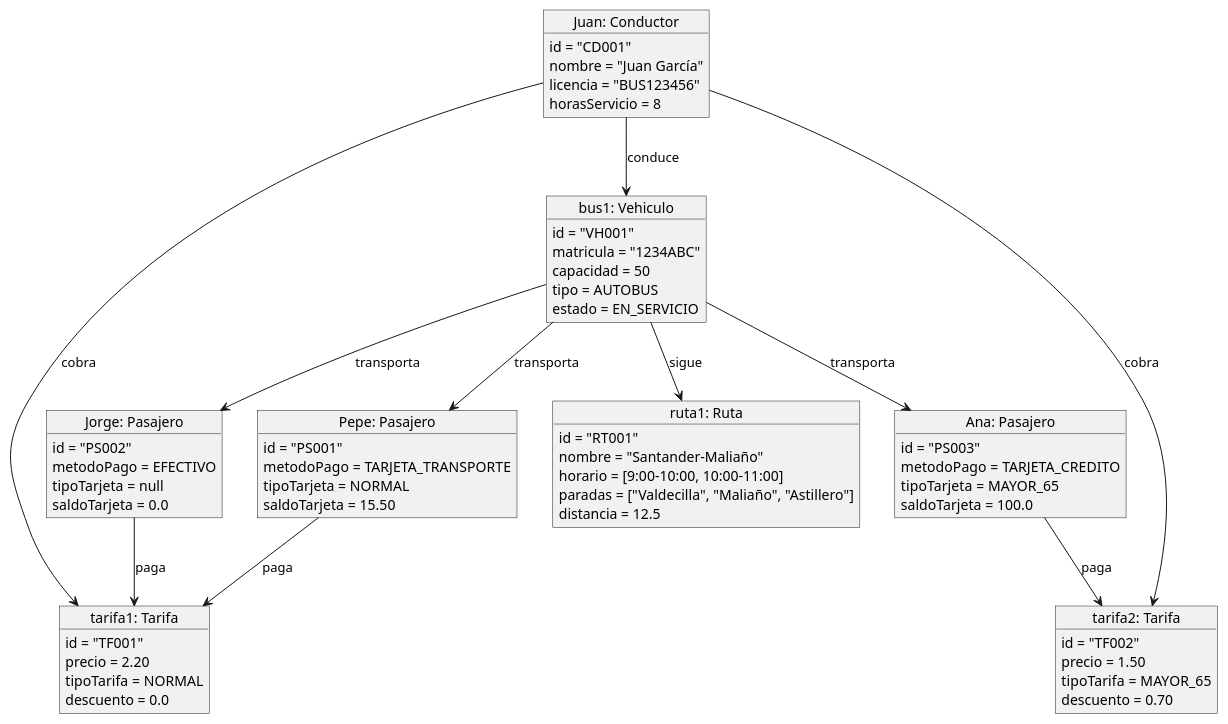
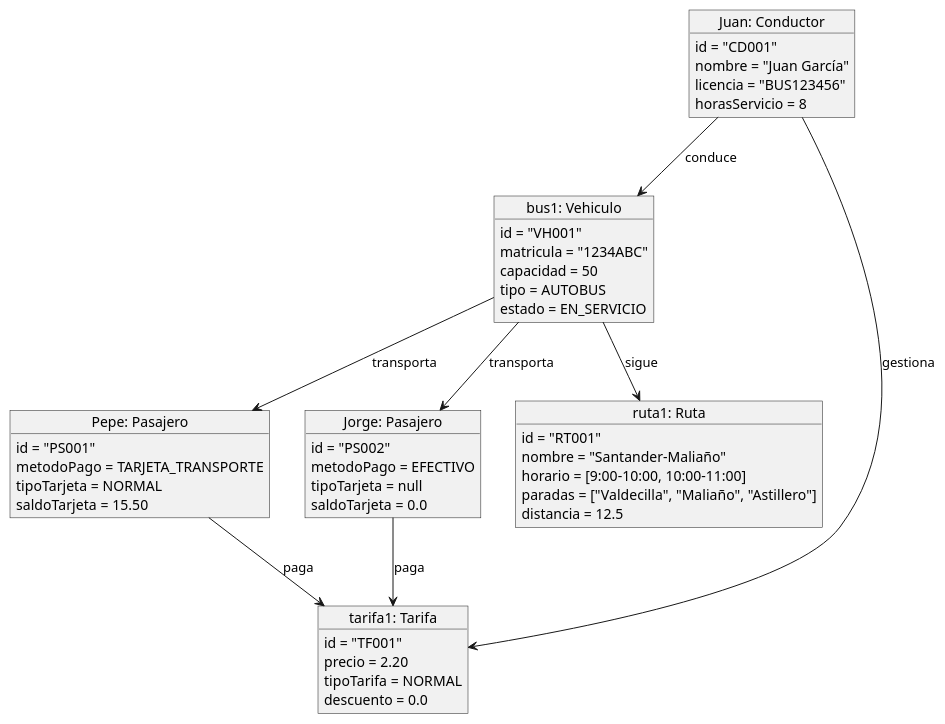
The diagram in modelosUML/examenMejorado/diagramaObjetos.puml (Ingenieria-Informatica-UNEATLANTICO/app-actividad-post-parcial-ceesargaarcia), drawn with PlantUML before and after one commit. The commit also changed 3 other files, not shown here.

Commit message:
diagramas mejorados

```diff
--- a/modelosUML/examenMejorado/diagramaObjetos.puml
+++ b/modelosUML/examenMejorado/diagramaObjetos.puml
@@ -1,74 +1,54 @@
 @startuml
 object "bus1: Vehiculo" as bus1 {
     id = "VH001"
     matricula = "1234ABC"
     capacidad = 50
     tipo = AUTOBUS
     estado = EN_SERVICIO
 }
 
 object "Juan: Conductor" as conductor1 {
     id = "CD001"
     nombre = "Juan García"
     licencia = "BUS123456"
     horasServicio = 8
 }
 
 object "Pepe: Pasajero" as pasajero1 {
     id = "PS001"
     metodoPago = TARJETA_TRANSPORTE
     tipoTarjeta = NORMAL
     saldoTarjeta = 15.50
 }
 
 object "Jorge: Pasajero" as pasajero2 {
     id = "PS002"
     metodoPago = EFECTIVO
     tipoTarjeta = null
     saldoTarjeta = 0.0
 }
 
-object "Ana: Pasajero" as pasajero3 {
-    id = "PS003"
-    metodoPago = TARJETA_CREDITO
-    tipoTarjeta = MAYOR_65
-    saldoTarjeta = 100.0
-}
-
 object "ruta1: Ruta" as ruta1 {
     id = "RT001"
     nombre = "Santander-Maliaño"
     horario = [9:00-10:00, 10:00-11:00]
     paradas = ["Valdecilla", "Maliaño", "Astillero"]
     distancia = 12.5
 }
 
 object "tarifa1: Tarifa" as tarifa1 {
     id = "TF001"
     precio = 2.20
     tipoTarifa = NORMAL
     descuento = 0.0
 }
 
-object "tarifa2: Tarifa" as tarifa2 {
-    id = "TF002"
-    precio = 1.50
-    tipoTarifa = MAYOR_65
-    descuento = 0.70
-}
-
-' Relaciones entre objetos
+' Relaciones simplificadas
 conductor1 --> bus1 : conduce
 bus1 --> ruta1 : sigue
 bus1 --> pasajero1 : transporta
 bus1 --> pasajero2 : transporta
-bus1 --> pasajero3 : transporta
-conductor1 --> tarifa1 : cobra
-conductor1 --> tarifa2 : cobra
+conductor1 --> tarifa1 : gestiona
 pasajero1 --> tarifa1 : paga
 pasajero2 --> tarifa1 : paga
-pasajero3 --> tarifa2 : paga
-
-
-
 @enduml
```
